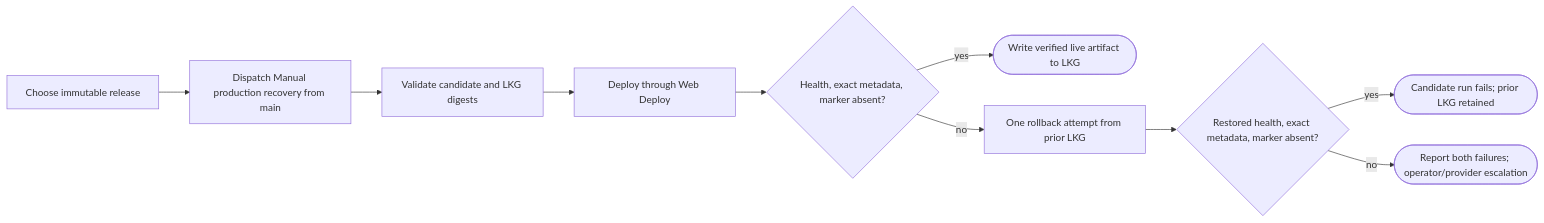
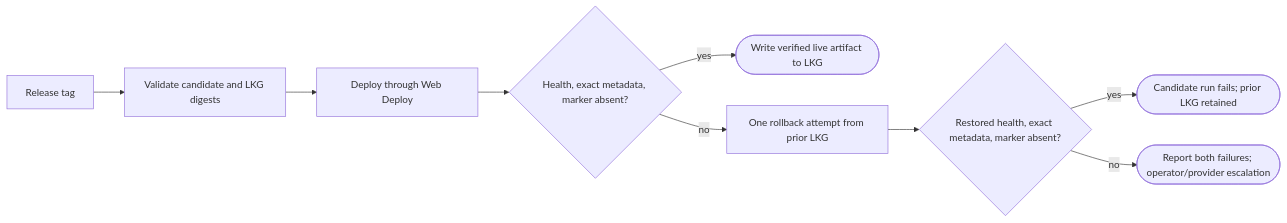
Before and after one commit to fredrik-hellmangroup/cv-online-presenter: the diagram in docs/rollback-runbook.md, drawn with Mermaid. The commit also changed other lines of this file and 9 other files, not shown here.

First line of the commit message:
chore(deploy): remove the manual production recovery workflow and logic

````diff
--- a/docs/rollback-runbook.md
+++ b/docs/rollback-runbook.md
@@ -7,12 +7,11 @@
 ```mermaid
 flowchart LR
-    A["Choose immutable release"] --> B["Dispatch Manual production recovery from main"]
-    B --> C["Validate candidate and LKG digests"]
+    A["Release tag"] --> C["Validate candidate and LKG digests"]
     C --> D["Deploy through Web Deploy"]
     D --> E{"Health, exact metadata, marker absent?"}
     E -->|yes| F(["Write verified live artifact to LKG"])
     E -->|no| R["One rollback attempt from prior LKG"]
     R --> V{"Restored health, exact metadata, marker absent?"}
     V -->|yes| X(["Candidate run fails; prior LKG retained"])
     V -->|no| G(["Report both failures; operator/provider escalation"])
 ```
````
